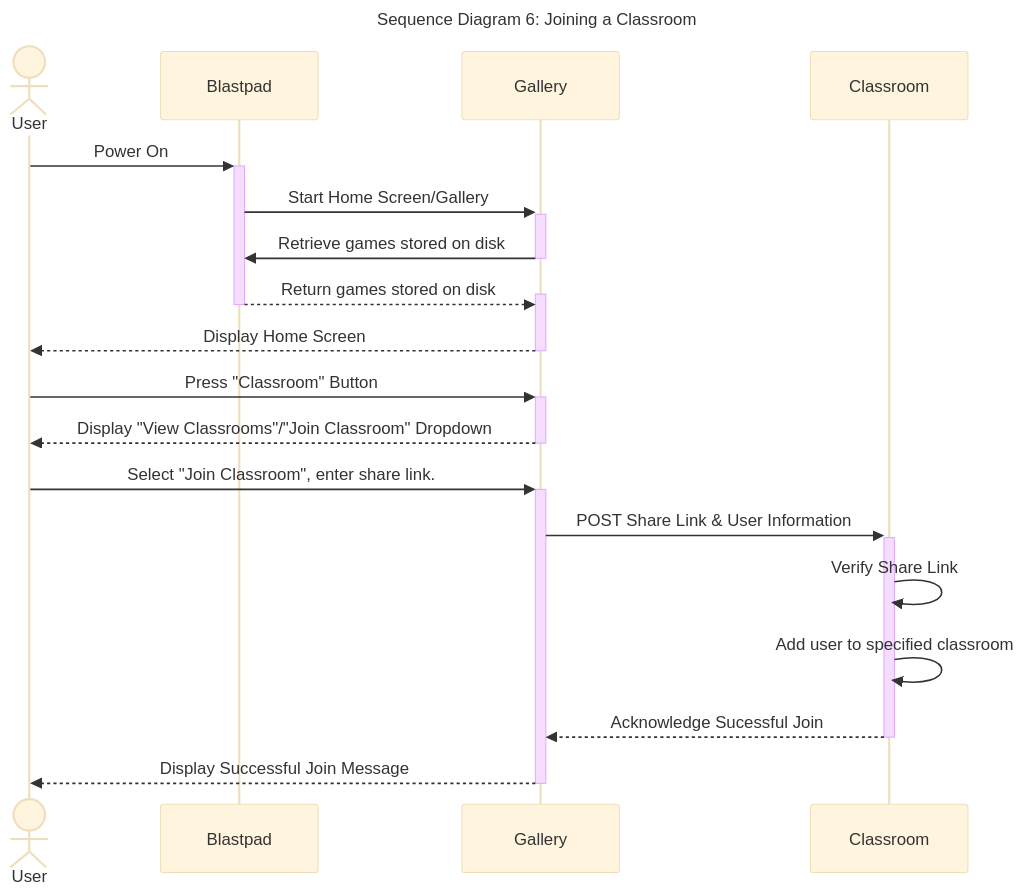
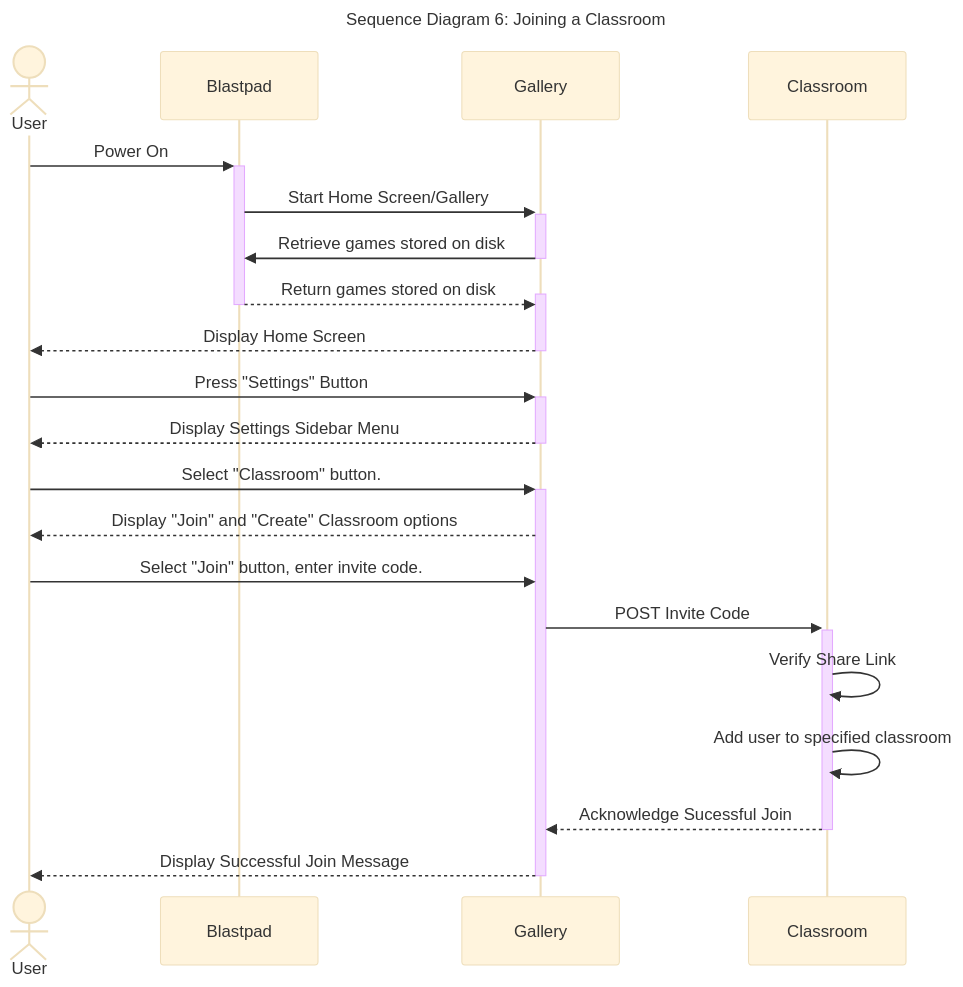
One commit to Capstone-Projects-2024-Spring/project-blastpad changed the fifth of 10 diagrams in documentation/docs/system-architecture/sequence-diagrams.md. Above: the diagram before and after it, drawn with Mermaid (base theme). The commit also changed other lines of this file, not shown here.

Commit message:
Updated Use Case 6 (changed to 5 because original 5 was removed) and its sequence diagram

````diff
--- a/documentation/docs/system-architecture/sequence-diagrams.md
+++ b/documentation/docs/system-architecture/sequence-diagrams.md
@@ -171,24 +171,27 @@
 ```mermaid
 ---
 title: "Sequence Diagram 6: Joining a Classroom"
 ---
 sequenceDiagram
 actor User
 User->>+Blastpad: Power On
 Blastpad->>+Gallery: Start Home Screen/Gallery
 Gallery->>-Blastpad: Retrieve games stored on disk
 Blastpad-->>+Gallery: Return games stored on disk
 deactivate Blastpad	
 Gallery-->>-User: Display Home Screen
 
 
-User->>+Gallery: Press "Classroom" Button
-Gallery-->>-User: Display "View Classrooms"/"Join Classroom" Dropdown
-User->>+Gallery: Select "Join Classroom", enter share link.
-Gallery->>+Classroom: POST Share Link & User Information
+User->>+Gallery: Press "Settings" Button
+Gallery-->>-User: Display Settings Sidebar Menu
+User->>+Gallery: Select "Classroom" button.
+Gallery-->>User: Display "Join" and "Create" Classroom options
+User->>Gallery: Select "Join" button, enter invite code.
+
+Gallery->>+Classroom: POST Invite Code
 Classroom->>Classroom: Verify Share Link
 Classroom->>Classroom: Add user to specified classroom
 Classroom-->>-Gallery: Acknowledge Sucessful Join
 Gallery-->>-User: Display Successful Join Message
 
 ```
````
